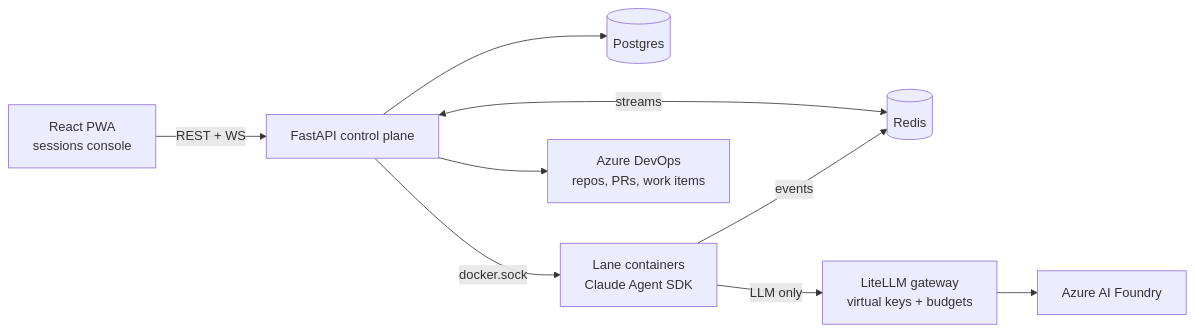
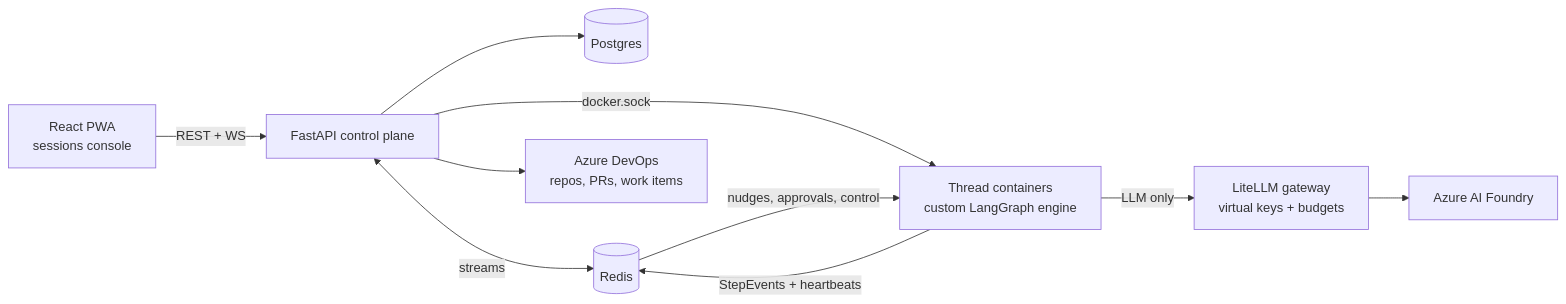
One commit to Sahilgul/z-agent changed the diagram in README.md. Above: the diagram before and after it, drawn with Mermaid. The commit also changed other lines of this file, not shown here.

````diff
--- a/README.md
+++ b/README.md
@@ -18,11 +19,12 @@
 ```mermaid
 flowchart LR
   Web[React PWA<br/>sessions console] -->|REST + WS| BE[FastAPI control plane]
   BE --> PG[(Postgres)]
   BE <-->|streams| RD[(Redis)]
-  BE -->|docker.sock| Lane[Lane containers<br/>Claude Agent SDK]
-  Lane -->|events| RD
-  Lane -->|LLM only| GW[LiteLLM gateway<br/>virtual keys + budgets]
+  BE -->|docker.sock| TH[Thread containers<br/>custom LangGraph engine]
+  TH -->|StepEvents + heartbeats| RD
+  RD -->|nudges, approvals, control| TH
+  TH -->|LLM only| GW[LiteLLM gateway<br/>virtual keys + budgets]
   GW --> Foundry[Azure AI Foundry]
   BE --> ADO[Azure DevOps<br/>repos, PRs, work items]
 ```
````
